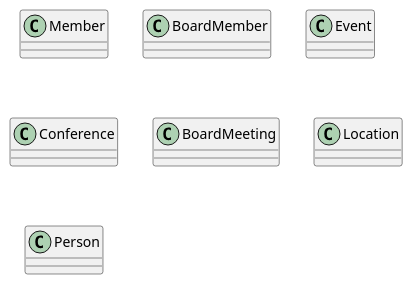
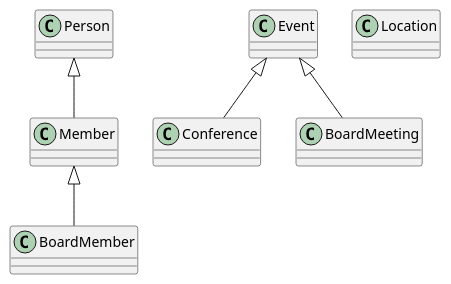
Before and after one commit to AlbertBeto/UMLClasesAlbertPB: the diagram in src/UMLClasesUOC.puml, drawn with PlantUML. The commit also changed 1 other file, not shown here.

```diff
--- a/src/UMLClasesUOC.puml
+++ b/src/UMLClasesUOC.puml
@@ -1,21 +1,26 @@
 @startuml
 'https://plantuml.com/class-diagram
 
 class Member {
 }
 class BoardMember {
 }
 class Event {
 }
 class Conference {
 }
 class BoardMeeting {
 }
 class Location {
 }
 class Person {
 }
 
+Event <|-- Conference
+Event <|-- BoardMeeting
 
+Person <|-- Member
+
+Member <|-- BoardMember
 
 @enduml
```
